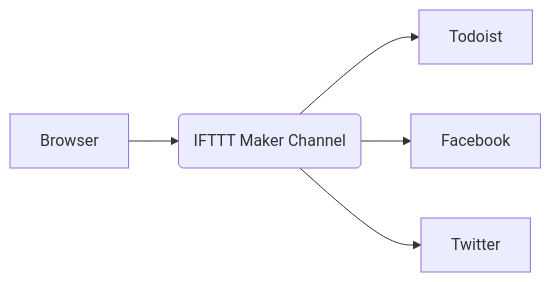
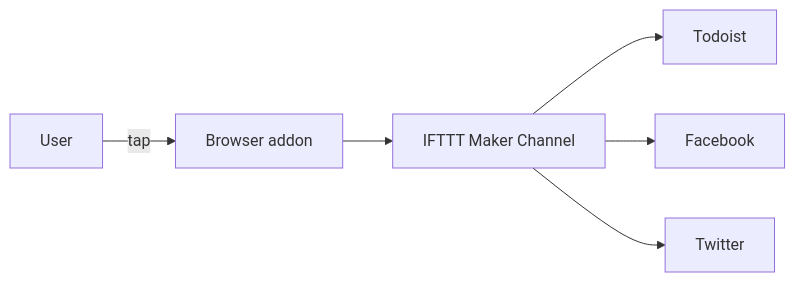
One commit to gasolin/blog changed the fifth of 6 diagrams in source/_posts/personal-automation-in-2017.md. Above: the diagram before and after it, drawn with Mermaid. The commit also changed other lines of this file, not shown here.

```diff
--- a/source/_posts/personal-automation-in-2017.md
+++ b/source/_posts/personal-automation-in-2017.md
@@ -83,7 +96,8 @@
 {% mermaid %}
 graph LR
-Browser --> IFTTT(IFTTT Maker Channel)
+User -- tap --> Browser[Browser addon]
+Browser --> IFTTT[IFTTT Maker Channel]
 IFTTT --> Todoist
 IFTTT --> Facebook
 IFTTT --> Twitter
 {% endmermaid %}
```
